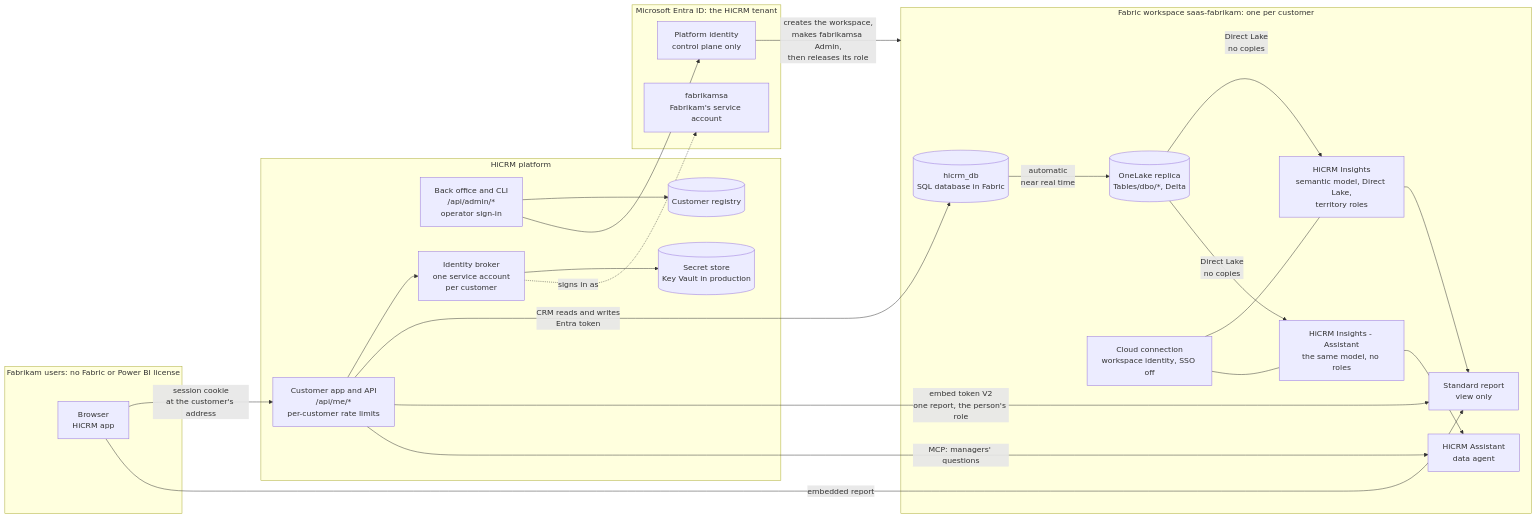
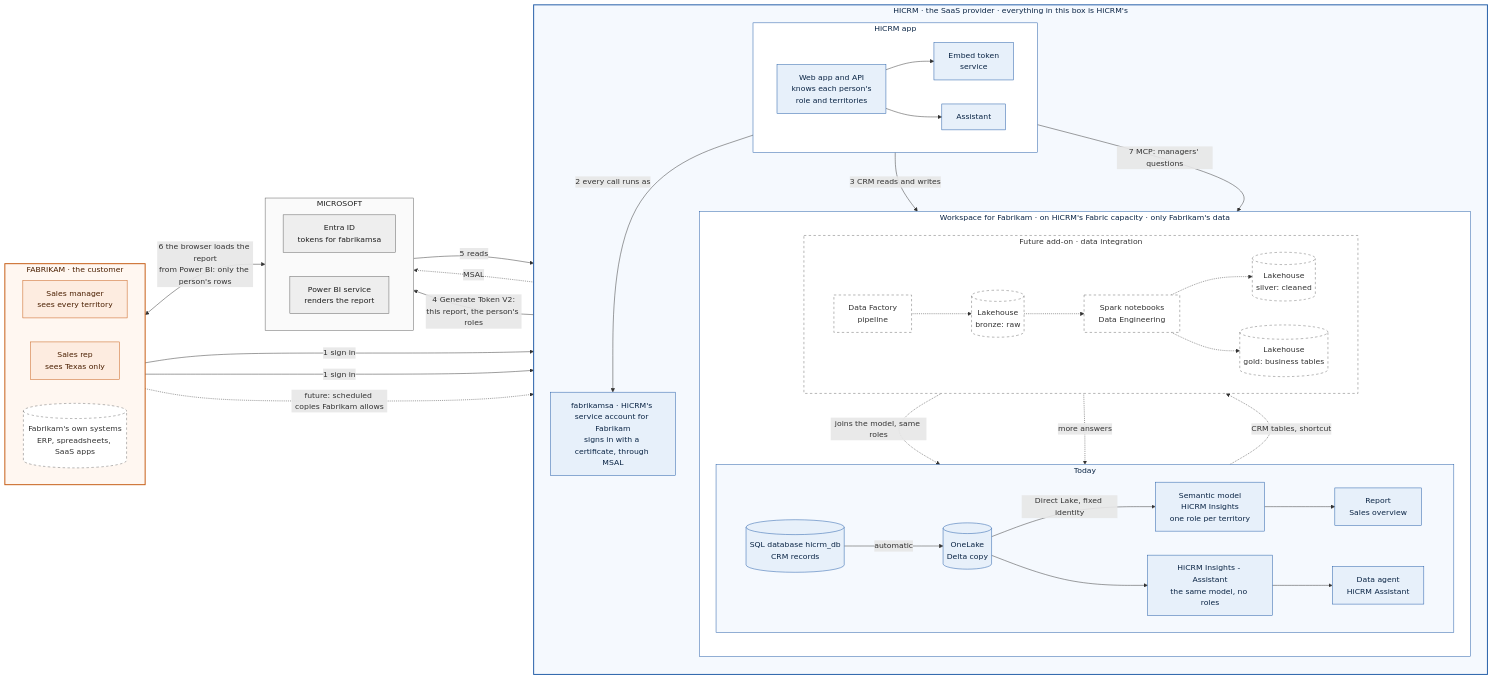
One commit to apkola29/fabric changed the second of 7 diagrams in saas-platform/ARCHITECTURE.md. Above: the diagram before and after it, drawn with Mermaid. The commit also changed other lines of this file and 9 other files, not shown here.

First line of the commit message:
saas-platform: who owns what, end-to-end flow and the data integration add-on

````diff
--- a/saas-platform/ARCHITECTURE.md
+++ b/saas-platform/ARCHITECTURE.md
@@ -13,48 +94,91 @@
 ```mermaid
 flowchart LR
-  subgraph Users["Fabrikam users: no Fabric or Power BI license"]
-    U["Browser<br/>HiCRM app"]
+  %% One customer's data, end to end: Fabrikam. Contoso works the same way, in its own workspace, as contososa.
+  %% Orange: Fabrikam (the customer). Blue: HiCRM (the SaaS provider). Grey: Microsoft. Dashed: future add-on.
+
+  subgraph FAB["FABRIKAM · the customer"]
+    direction LR
+    MGR["Sales manager<br/>sees every territory"]
+    REP["Sales rep<br/>sees Texas only"]
+    SYS[("Fabrikam's own systems<br/>ERP, spreadsheets, SaaS apps")]
   end
 
-  subgraph Platform["HiCRM platform"]
-    APP["Customer app and API<br/>/api/me/*<br/>per-customer rate limits"]
-    BO["Back office and CLI<br/>/api/admin/*<br/>operator sign-in"]
-    BROKER["Identity broker<br/>one service account<br/>per customer"]
-    VAULT[("Secret store<br/>Key Vault in production")]
-    REG[("Customer registry")]
+  subgraph HI["HICRM · the SaaS provider · everything in this box is HiCRM's"]
+    direction TB
+    subgraph APP["HiCRM app"]
+      direction LR
+      WEB["Web app and API<br/>knows each person's<br/>role and territories"]
+      EMB["Embed token<br/>service"]
+      AST["Assistant"]
+    end
+    SA["fabrikamsa · HiCRM's service account for Fabrikam<br/>signs in with a certificate, through MSAL"]
+    subgraph WS["Workspace for Fabrikam · on HiCRM's Fabric capacity · only Fabrikam's data"]
+      direction TB
+      subgraph NOW["Today"]
+        direction LR
+        DB[("SQL database hicrm_db<br/>CRM records")]
+        OL[("OneLake<br/>Delta copy")]
+        SM["Semantic model<br/>HiCRM Insights<br/>one role per territory"]
+        RPT["Report<br/>Sales overview"]
+        AM["HiCRM Insights - Assistant<br/>the same model, no roles"]
+        AG["Data agent<br/>HiCRM Assistant"]
+      end
+      subgraph NEXT["Future add-on · data integration"]
+        direction LR
+        PL["Data Factory<br/>pipeline"]
+        BR[("Lakehouse<br/>bronze: raw")]
+        NB["Spark notebooks<br/>Data Engineering"]
+        SV[("Lakehouse<br/>silver: cleaned")]
+        GD[("Lakehouse<br/>gold: business tables")]
+      end
+    end
   end
 
-  subgraph Entra["Microsoft Entra ID: the HiCRM tenant"]
-    PSP["Platform identity<br/>control plane only"]
-    SA["fabrikamsa<br/>Fabrikam's service account"]
+  subgraph MS["MICROSOFT"]
+    direction LR
+    ENTRA["Entra ID<br/>tokens for fabrikamsa"]
+    PBI["Power BI service<br/>renders the report"]
   end
 
-  subgraph WS["Fabric workspace saas-fabrikam: one per customer"]
-    SQL[("hicrm_db<br/>SQL database in Fabric")]
-    OL[("OneLake replica<br/>Tables/dbo/*, Delta")]
-    SM["HiCRM Insights<br/>semantic model, Direct Lake,<br/>territory roles"]
-    SM2["HiCRM Insights - Assistant<br/>the same model, no roles"]
-    CONN["Cloud connection<br/>workspace identity, SSO off"]
-    RPT["Standard report<br/>view only"]
-    AG["HiCRM Assistant<br/>data agent"]
-  end
+  MGR -->|"1 sign in"| WEB
+  REP -->|"1 sign in"| WEB
+  WEB -->|"2 every call runs as"| SA
+  SA -.->|"MSAL"| ENTRA
+  WEB -->|"3 CRM reads and writes"| DB
+  DB -->|"automatic"| OL
+  OL -->|"Direct Lake, fixed identity"| SM
+  SM --> RPT
+  OL --> AM
+  AM --> AG
+  WEB --> EMB
+  EMB -->|"4 Generate Token V2:<br/>this report, the person's roles"| PBI
+  PBI -->|"5 reads"| RPT
+  REP <-->|"6 the browser loads the report<br/>from Power BI: only the person's rows"| PBI
+  WEB --> AST
+  AST -->|"7 MCP: managers' questions"| AG
 
-  U -->|"session cookie<br/>at the customer's address"| APP
-  APP --> BROKER
-  BROKER --> VAULT
-  BROKER -.->|"signs in as"| SA
-  APP -->|"CRM reads and writes<br/>Entra token"| SQL
-  SQL -->|"automatic<br/>near real time"| OL
-  OL -->|"Direct Lake<br/>no copies"| SM
-  OL -->|"Direct Lake<br/>no copies"| SM2
-  CONN --- SM
-  CONN --- SM2
-  SM --> RPT
-  SM2 --> AG
-  APP -->|"embed token V2<br/>one report, the person's role"| RPT
-  U -->|"embedded report"| RPT
-  APP -->|"MCP: managers' questions"| AG
-  BO --> REG
-  BO --> PSP
-  PSP -->|"creates the workspace,<br/>makes fabrikamsa Admin,<br/>then releases its role"| WS
+  SYS -.->|"future: scheduled copies Fabrikam allows"| PL
+  PL -.-> BR
+  BR -.-> NB
+  NB -.-> SV
+  NB -.-> GD
+  OL -.->|"CRM tables, shortcut"| NB
+  GD -.->|"joins the model, same roles"| SM
+  GD -.->|"more answers"| AM
+
+  classDef fabrikam fill:#FDECE0,stroke:#C55A11,color:#4A1F00
+  classDef hicrm fill:#E7F0FA,stroke:#1F5AA6,color:#0B2545
+  classDef microsoft fill:#EEEEEE,stroke:#5F5F5F,color:#1F1F1F
+  classDef future fill:#FFFFFF,stroke:#6B6B6B,stroke-dasharray:5 5,color:#333333
+  class MGR,REP fabrikam
+  class SYS,PL,BR,NB,SV,GD future
+  class WEB,EMB,AST,SA,DB,OL,SM,RPT,AM,AG hicrm
+  class ENTRA,PBI microsoft
+  style FAB fill:#FFF7F1,stroke:#C55A11,stroke-width:2px,color:#4A1F00
+  style HI fill:#F5F9FE,stroke:#1F5AA6,stroke-width:2px,color:#0B2545
+  style APP fill:#FFFFFF,stroke:#1F5AA6,color:#0B2545
+  style WS fill:#FFFFFF,stroke:#1F5AA6,color:#0B2545
+  style NOW fill:#F5F9FE,stroke:#1F5AA6,color:#0B2545
+  style NEXT fill:#FFFFFF,stroke:#6B6B6B,stroke-dasharray:5 5,color:#333333
+  style MS fill:#FAFAFA,stroke:#5F5F5F,color:#1F1F1F
 ```
````
